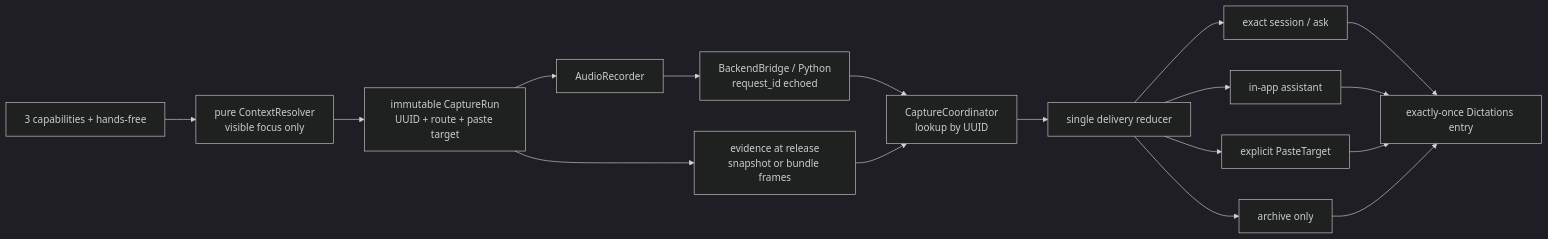
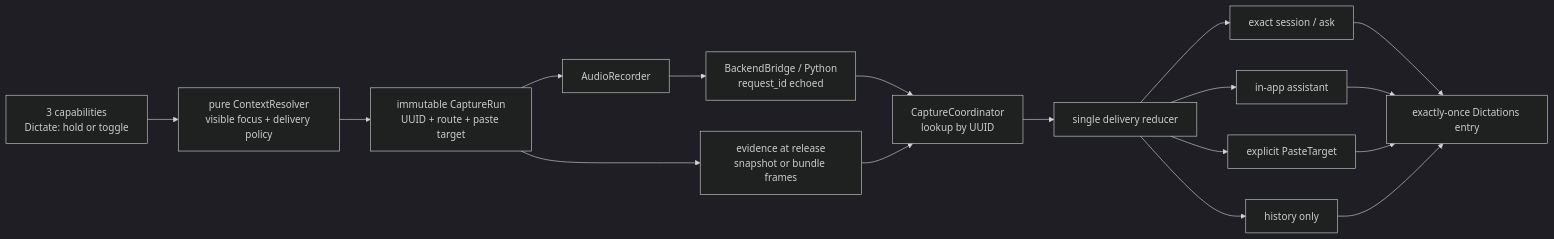
Before and after one commit to SSafet/voice-flow: the third of 4 diagrams in design/ticket-22-capability-routing-plan.md, drawn with Mermaid (dark theme). The commit also changed other lines of this file and 2 other files, not shown here.

Commit message:
Unify toggle dictation routing plan (ticket #22)

````diff
--- a/design/ticket-22-capability-routing-plan.md
+++ b/design/ticket-22-capability-routing-plan.md
@@ -204,19 +209,19 @@
 ```mermaid
 flowchart LR
-    HK["3 capabilities + hands-free"] --> RES["pure ContextResolver\nvisible focus only"]
+    HK["3 capabilities\nDictate: hold or toggle"] --> RES["pure ContextResolver\nvisible focus + delivery policy"]
     RES --> RUN["immutable CaptureRun\nUUID + route + paste target"]
     RUN --> REC["AudioRecorder"]
     RUN --> EVID["evidence at release\nsnapshot or bundle frames"]
     REC --> WIRE["BackendBridge / Python\nrequest_id echoed"]
     WIRE --> COORD["CaptureCoordinator\nlookup by UUID"]
     EVID --> COORD
     COORD --> DEL["single delivery reducer"]
     DEL --> MCP["exact session / ask"]
     DEL --> AST["in-app assistant"]
     DEL --> PASTE["explicit PasteTarget"]
-    DEL --> KEEP["archive only"]
+    DEL --> KEEP["history only"]
     MCP --> HIST["exactly-once Dictations entry"]
     AST --> HIST
     PASTE --> HIST
     KEEP --> HIST
 ```
````
